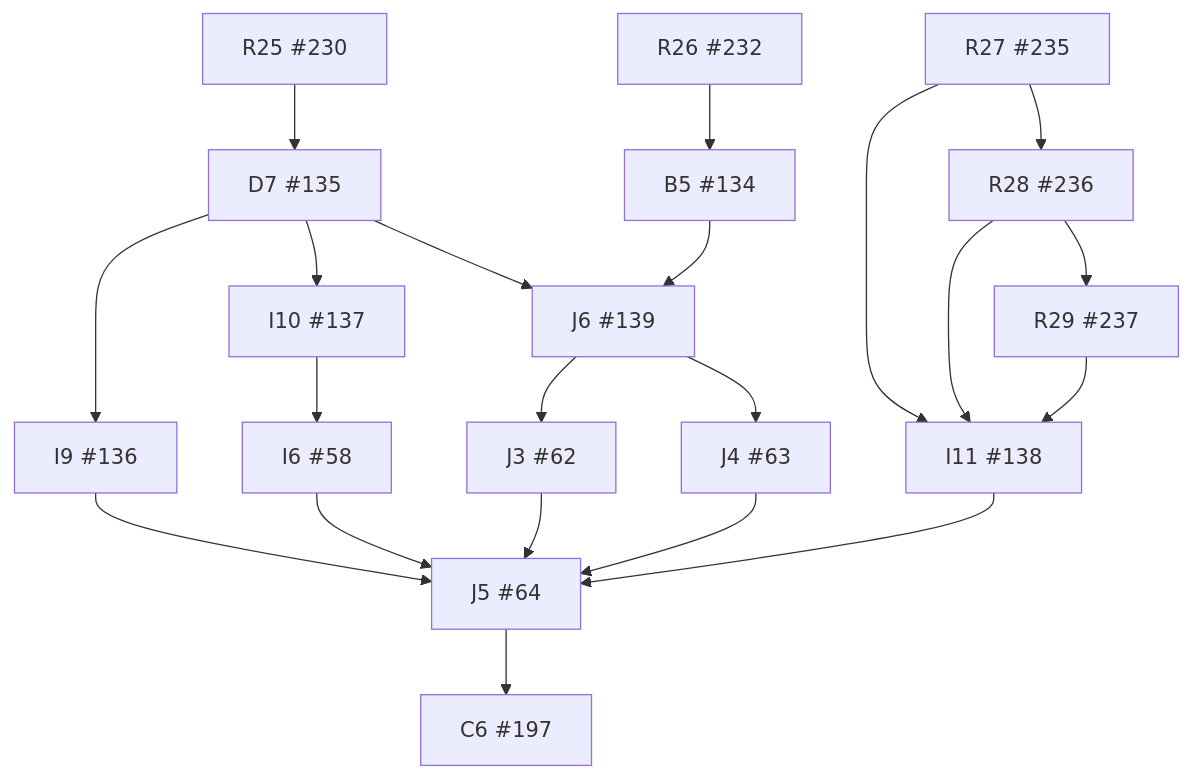
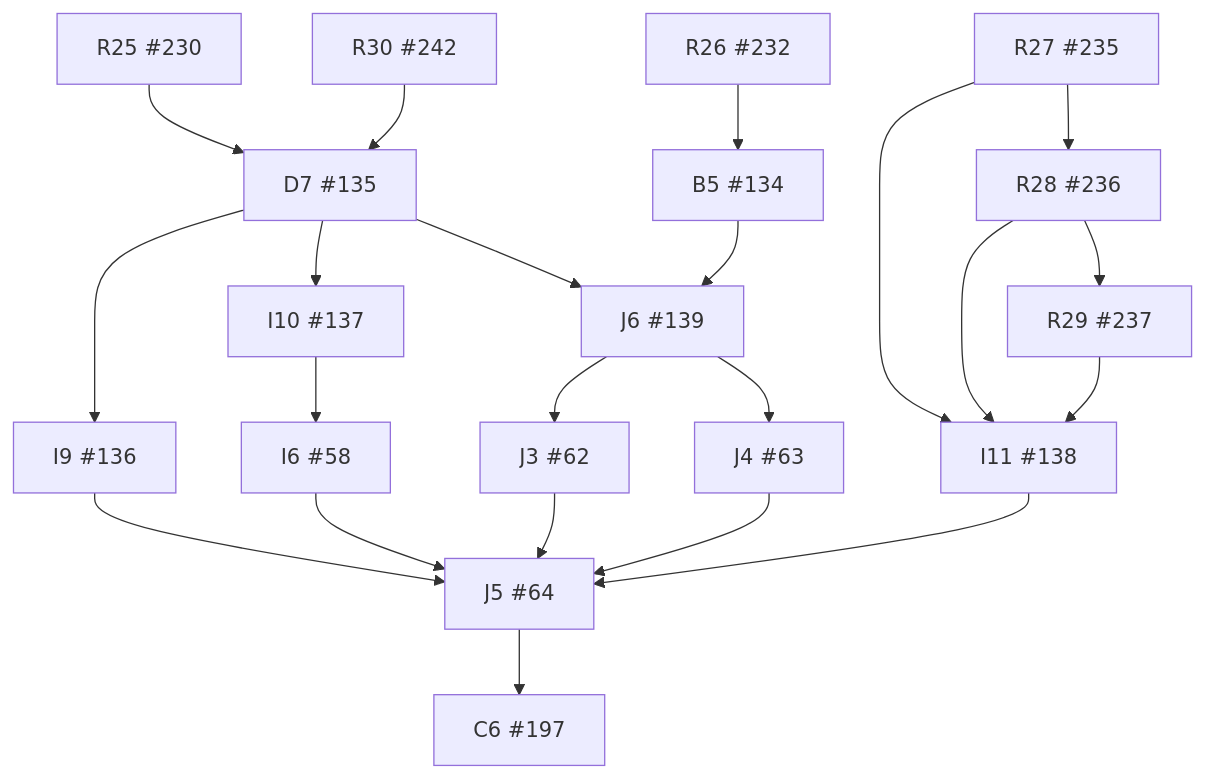
The diagram in docs/implementation/dependency-graph.md (wojtekpiskorz/kiero), drawn with Mermaid before and after one commit. The commit also changed other lines of this file and 4 other files, not shown here.

````diff
--- a/docs/implementation/dependency-graph.md
+++ b/docs/implementation/dependency-graph.md
@@ -9,39 +9,41 @@
 ```mermaid
 flowchart TD
   I6["I6 #58"]
   J3["J3 #62"]
   J4["J4 #63"]
   J5["J5 #64"]
   B5["B5 #134"]
   D7["D7 #135"]
   I9["I9 #136"]
   I10["I10 #137"]
   I11["I11 #138"]
   J6["J6 #139"]
   C6["C6 #197"]
   R25["R25 #230"]
   R26["R26 #232"]
   R27["R27 #235"]
   R28["R28 #236"]
   R29["R29 #237"]
+  R30["R30 #242"]
   I10 --> I6
   J6 --> J3
   J6 --> J4
   I6 --> J5
   J3 --> J5
   J4 --> J5
   I9 --> J5
   I11 --> J5
   R26 --> B5
   R25 --> D7
+  R30 --> D7
   D7 --> I9
   D7 --> I10
   R27 --> I11
   R28 --> I11
   R29 --> I11
   D7 --> J6
   B5 --> J6
   J5 --> C6
   R27 --> R28
   R28 --> R29
 ```
````
